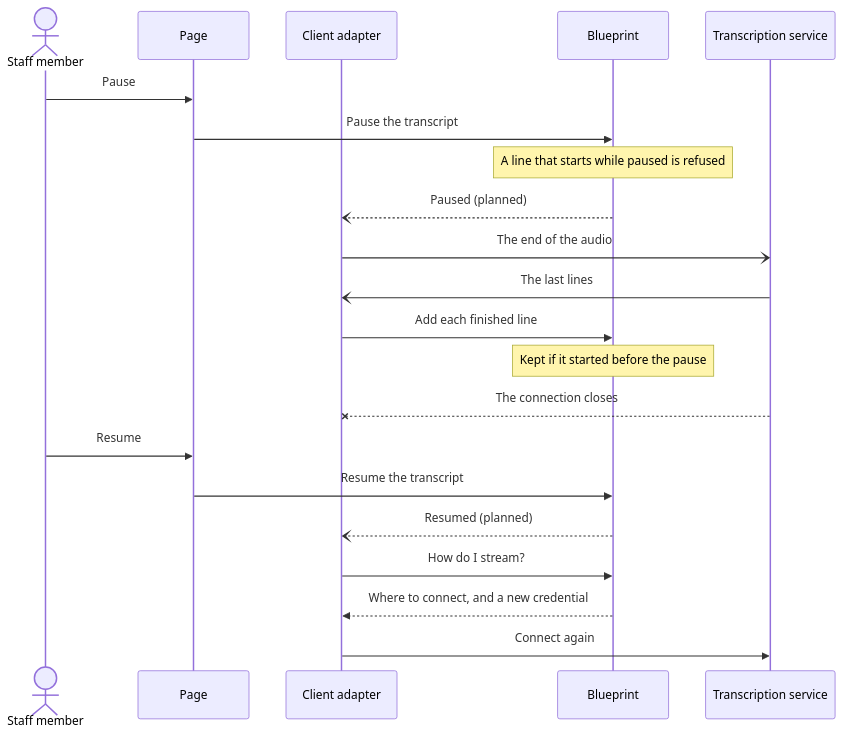
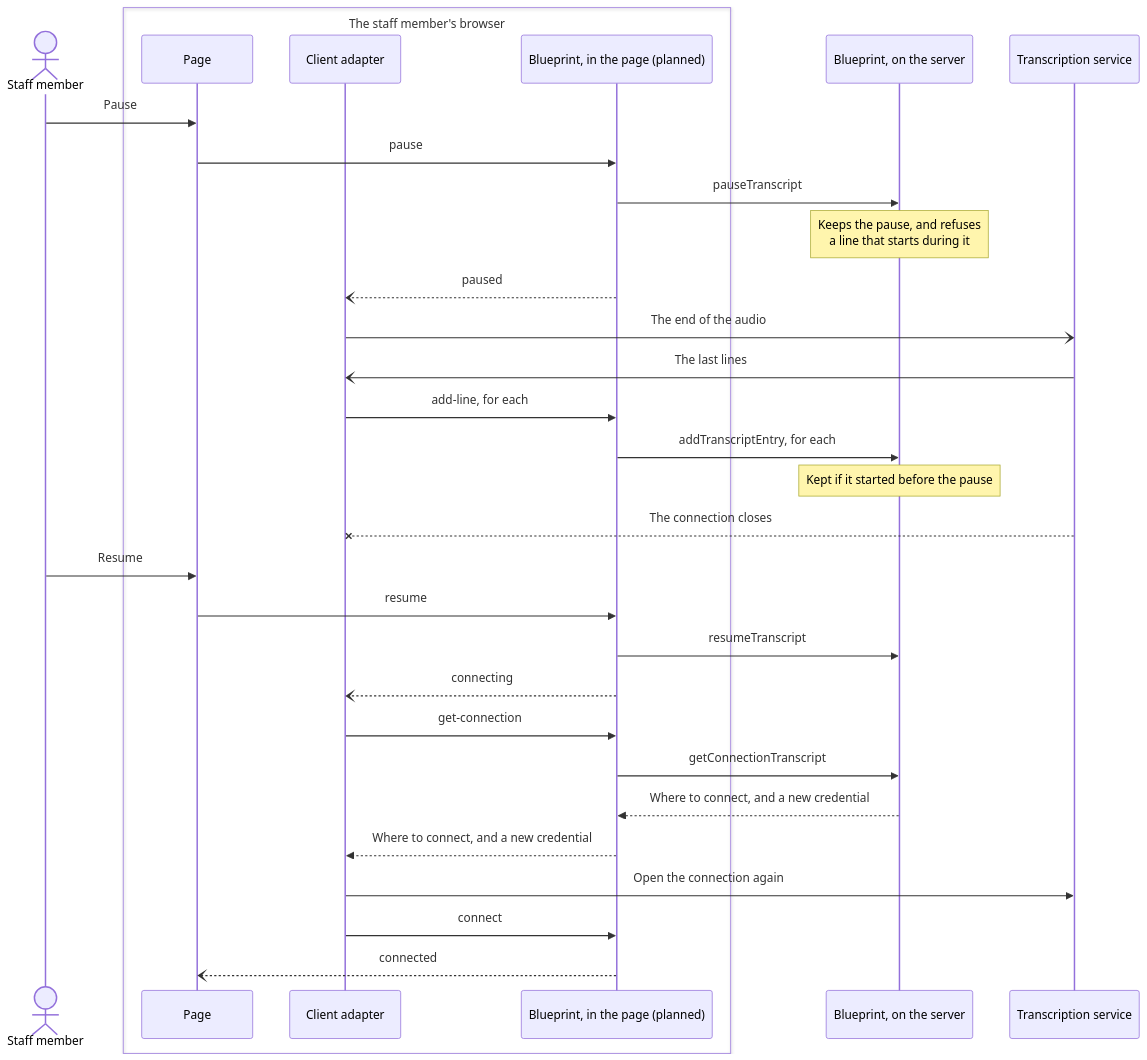
Before and after one commit to codeforamerica/safety-net-blueprint: the fourth of 6 diagrams in docs/architecture/domains/communication.md, drawn with Mermaid. The commit also changed other lines of this file, not shown here.

First line of the commit message:
Decide the session's names, and show where each part runs

````diff
--- a/docs/architecture/domains/communication.md
+++ b/docs/architecture/domains/communication.md
@@ -150,24 +197,34 @@
 ```mermaid
 sequenceDiagram
     actor Staff as Staff member
-    participant Page
-    participant Client as Client adapter
-    participant Blueprint
+    box The staff member's browser
+        participant Page
+        participant Client as Client adapter
+        participant Session as Blueprint, in the page (planned)
+    end
+    participant Server as Blueprint, on the server
     participant Service as Transcription service
 
     Staff->>Page: Pause
-    Page->>Blueprint: Pause the transcript
-    Note over Blueprint: A line that starts while paused is refused
-    Blueprint--)Client: Paused (planned)
+    Page->>Session: pause
+    Session->>Server: pauseTranscript
+    Note over Server: Keeps the pause, and refuses<br/>a line that starts during it
+    Session--)Client: paused
     Client-)Service: The end of the audio
     Service-)Client: The last lines
-    Client->>Blueprint: Add each finished line
-    Note over Blueprint: Kept if it started before the pause
+    Client->>Session: add-line, for each
+    Session->>Server: addTranscriptEntry, for each
+    Note over Server: Kept if it started before the pause
     Service--xClient: The connection closes
     Staff->>Page: Resume
-    Page->>Blueprint: Resume the transcript
-    Blueprint--)Client: Resumed (planned)
-    Client->>Blueprint: How do I stream?
-    Blueprint-->>Client: Where to connect, and a new credential
-    Client->>Service: Connect again
+    Page->>Session: resume
+    Session->>Server: resumeTranscript
+    Session--)Client: connecting
+    Client->>Session: get-connection
+    Session->>Server: getConnectionTranscript
+    Server-->>Session: Where to connect, and a new credential
+    Session-->>Client: Where to connect, and a new credential
+    Client->>Service: Open the connection again
+    Client->>Session: connect
+    Session--)Page: connected
 ```
````
